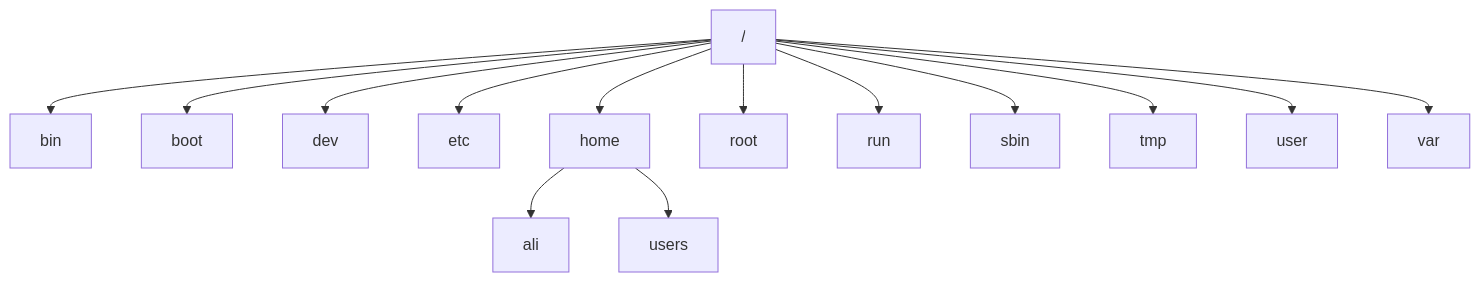
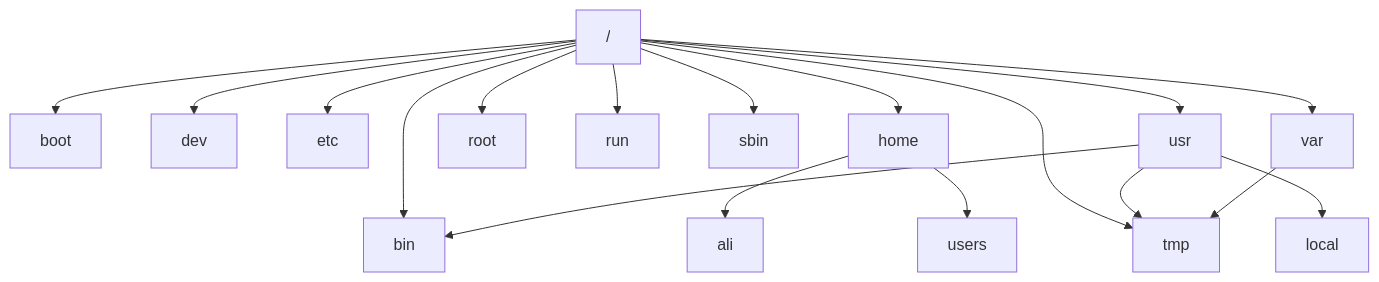
Before and after one commit to ali-sunarlar/DevOpsProjects: the diagram in RH124/Manage Files from the Command Line.md, drawn with Mermaid. The commit also changed other lines of this file, not shown here.

````diff
--- a/RH124/Manage Files from the Command Line.md
+++ b/RH124/Manage Files from the Command Line.md
@@ -8,16 +8,20 @@
 ```mermaid
 graph TD;
     /-->bin;
     /-->boot;
     /-->dev;
     /-->etc;
     /-->home;
     /-->root;
     /-->run;
     /-->sbin;
     /-->tmp;
-    /-->user;
+    /-->usr;
     /-->var;
     home-->ali;
     home-->users;
+    usr-->bin;
+    usr-->local;
+    usr-->tmp;
+    var-->tmp;
 ```
````
